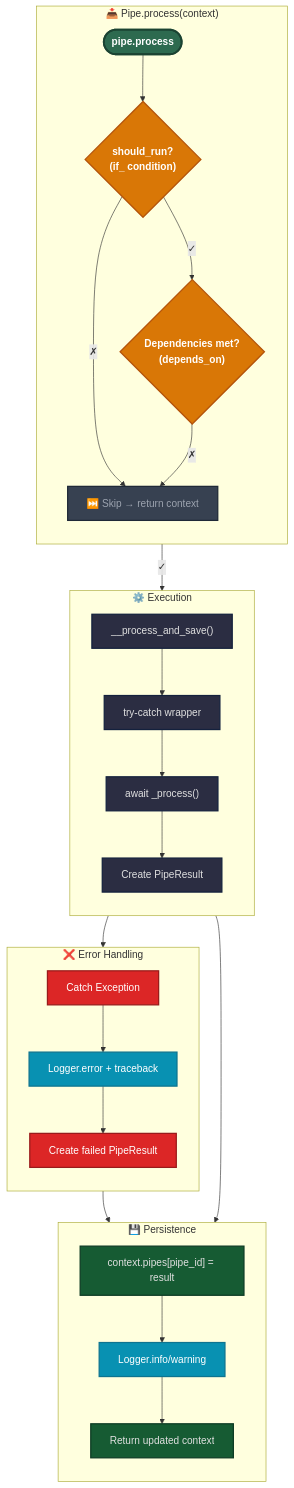
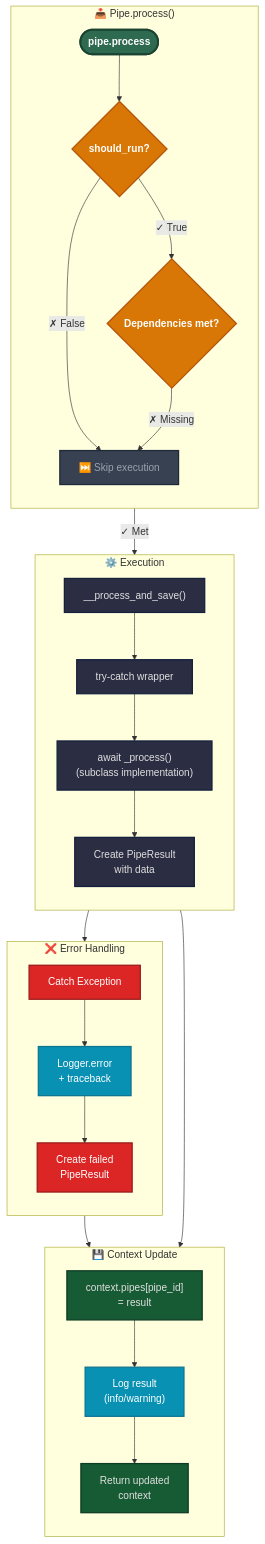
The third of 4 diagrams in docs/docs_src/en/concepts/pipeline.md (Softoft-Orga/open-ticket-ai), drawn with Mermaid before and after one commit. The commit also changed other lines of this file and 31 other files, not shown here.

````diff
--- a/docs/docs_src/en/concepts/pipeline.md
+++ b/docs/docs_src/en/concepts/pipeline.md
@@ -255,68 +106,63 @@
 ```mermaid
-%%{init:{
-  "flowchart":{"defaultRenderer":"elk","htmlLabels":true,"curve":"linear"},
-  "themeVariables":{"fontSize":"14px","fontFamily":"system-ui","lineColor":"#718096"},
-}}%%
-
 flowchart TB
 
 %% ===================== PIPE ENTRY =====================
-subgraph ENTRY["📥 Pipe.process(context)"]
+subgraph ENTRY["📥 Pipe.process()"]
   direction TB
   Start([pipe.process]):::start
-  CheckShould{"should_run?<br/>(if_ condition)"}:::dec
-  CheckDeps{"Dependencies met?<br/>(depends_on)"}:::dec
-  Skip["⏭️ Skip → return context"]:::skip
+  CheckShould{"should_run?"}:::dec
+  CheckDeps{"Dependencies met?"}:::dec
+  Skip["⏭️ Skip execution"]:::skip
   
   Start --> CheckShould
-  CheckShould -- ✓ --> CheckDeps
-  CheckShould -- ✗ --> Skip
-  CheckDeps -- ✗ --> Skip
+  CheckShould -- ✓ True --> CheckDeps
+  CheckShould -- ✗ False --> Skip
+  CheckDeps -- ✗ Missing --> Skip
 end
 
 %% ===================== EXECUTION =====================
 subgraph EXEC["⚙️ Execution"]
   direction TB
   ProcessAndSave["__process_and_save()"]:::proc
   TryCatch["try-catch wrapper"]:::proc
-  RunProcess["await _process()"]:::proc
-  CreateResult["Create PipeResult"]:::proc
+  RunProcess["await _process()<br/>(subclass implementation)"]:::proc
+  CreateResult["Create PipeResult<br/>with data"]:::proc
   
   ProcessAndSave --> TryCatch --> RunProcess --> CreateResult
 end
 
 %% ===================== ERROR HANDLING =====================
 subgraph ERROR["❌ Error Handling"]
   direction TB
   CatchEx["Catch Exception"]:::error
-  LogError["Logger.error + traceback"]:::log
-  CreateFailed["Create failed PipeResult"]:::error
+  LogError["Logger.error<br/>+ traceback"]:::log
+  CreateFailed["Create failed<br/>PipeResult"]:::error
   
   CatchEx --> LogError --> CreateFailed
 end
 
 %% ===================== PERSISTENCE =====================
-subgraph PERSIST["💾 Persistence"]
+subgraph PERSIST["💾 Context Update"]
   direction TB
-  SaveResult["context.pipes[pipe_id] = result"]:::ctx
-  LogResult["Logger.info/warning"]:::log
-  Return["Return updated context"]:::ctx
+  SaveResult["context.pipes[pipe_id]<br/>= result"]:::ctx
+  LogResult["Log result<br/>(info/warning)"]:::log
+  Return["Return updated<br/>context"]:::ctx
   
   SaveResult --> LogResult --> Return
 end
 
 %% ===================== CONNECTIONS =====================
-CheckDeps -- ✓ --> ProcessAndSave
+CheckDeps -- ✓ Met --> ProcessAndSave
 TryCatch --> CatchEx
 CreateResult --> SaveResult
 CreateFailed --> SaveResult
 
 %% ===================== STYLES =====================
 classDef start fill:#2d6a4f,stroke:#1b4332,stroke-width:3px,color:#fff,font-weight:bold
 classDef dec fill:#d97706,stroke:#b45309,stroke-width:2px,color:#fff,font-weight:bold
 classDef skip fill:#374151,stroke:#1f2937,stroke-width:2px,color:#9ca3af
 classDef proc fill:#2b2d42,stroke:#14213d,stroke-width:2px,color:#e0e0e0
 classDef error fill:#dc2626,stroke:#991b1b,stroke-width:2px,color:#fff
 classDef log fill:#0891b2,stroke:#0e7490,stroke-width:2px,color:#fff
 classDef ctx fill:#165b33,stroke:#0d3b24,stroke-width:2px,color:#e0e0e0
 ```
````
